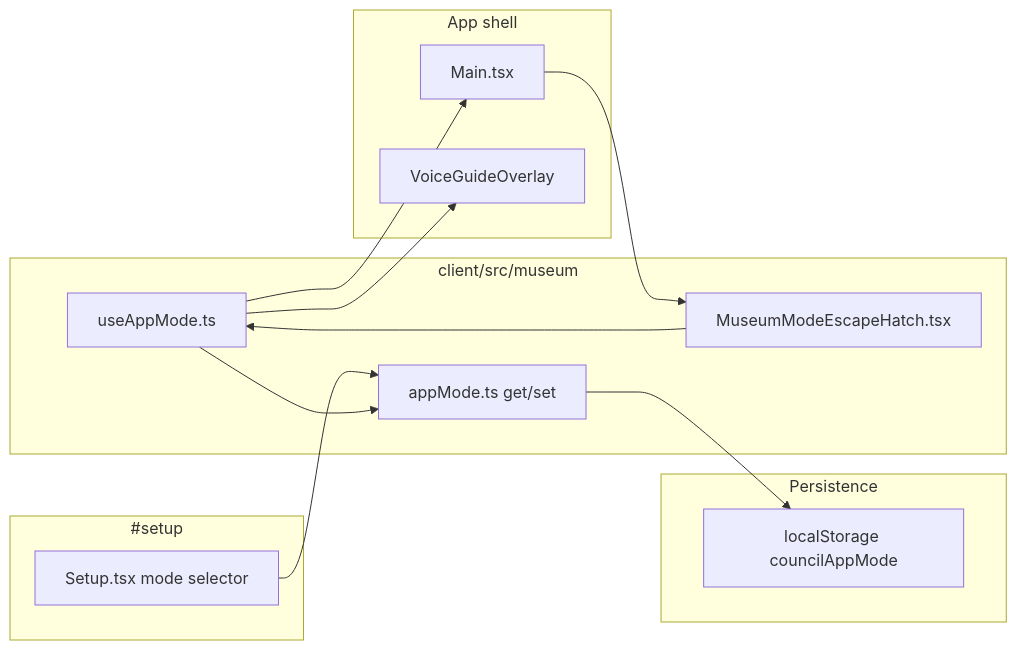
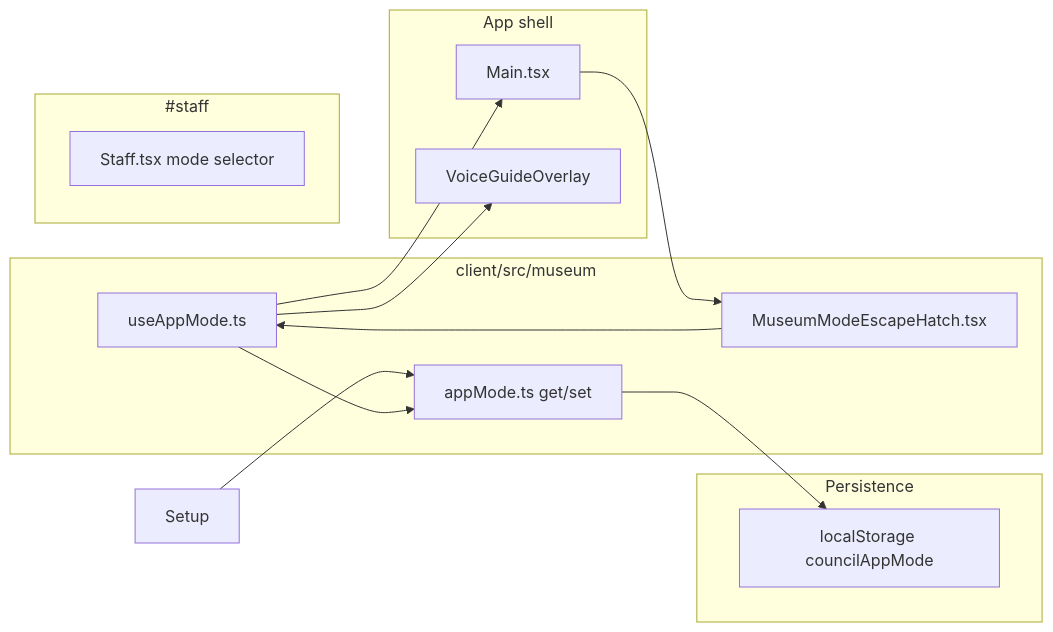
One commit to Nonhuman-Nonsense/council-of-foods changed the first of 2 diagrams in docs/museum-mode-plan.md. Above: the diagram before and after it, drawn with Mermaid. The commit also changed other lines of this file and 30 other files, not shown here.

````diff
--- a/docs/museum-mode-plan.md
+++ b/docs/museum-mode-plan.md
@@ -45,25 +45,25 @@
 ```mermaid
 flowchart LR
   subgraph storage [Persistence]
     LS["localStorage councilAppMode"]
   end
   subgraph museum [client/src/museum]
     AM["appMode.ts get/set"]
     Hook["useAppMode.ts"]
     Escape["MuseumModeEscapeHatch.tsx"]
   end
-  subgraph setup [#setup]
-    Setup["Setup.tsx mode selector"]
+  subgraph staff [#staff]
+    Staff["Staff.tsx mode selector"]
   end
   subgraph shell [App shell]
     Main["Main.tsx"]
     VGO["VoiceGuideOverlay"]
   end
   Setup --> AM
   Escape --> Hook
   Hook --> AM
   AM --> LS
   Hook --> Main
   Hook --> VGO
   Main --> Escape
 ```
````
